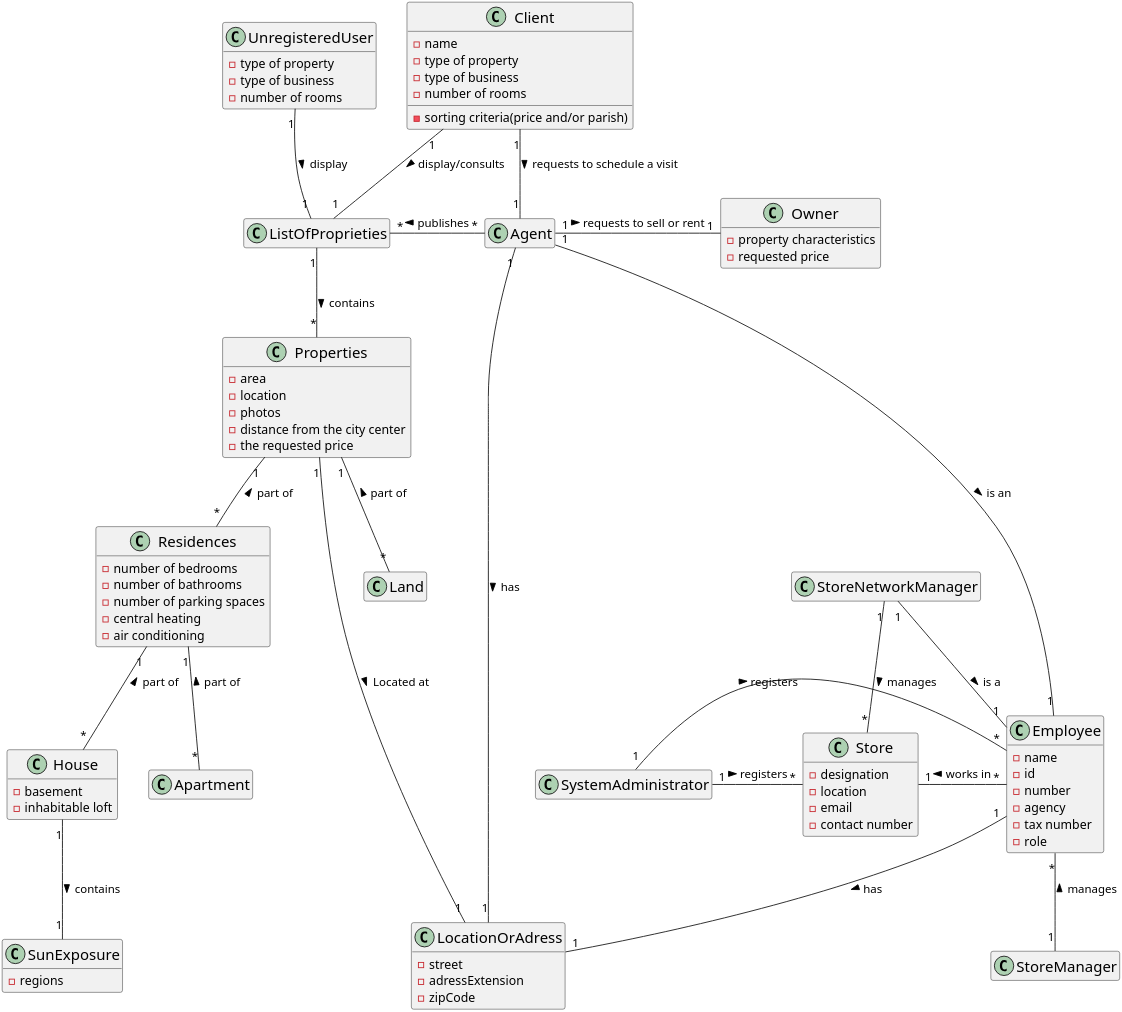
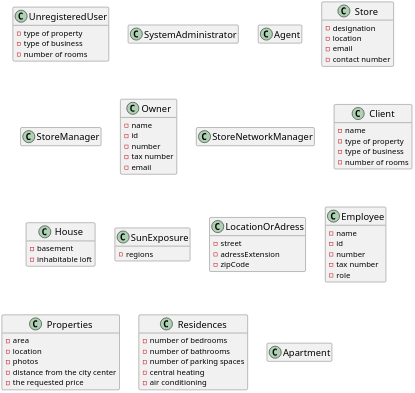
One commit to PureNimble/ISEP-LAPR2 changed the diagram in docs/sprintA/global-artifacts/02.analysis/puml/project-domain-model.puml. Above: the diagram before and after it, drawn with PlantUML. The commit also changed 3 other files, not shown here.

```diff
--- a/docs/sprintA/global-artifacts/02.analysis/puml/project-domain-model.puml
+++ b/docs/sprintA/global-artifacts/02.analysis/puml/project-domain-model.puml
@@ -1,178 +1,128 @@
 @startuml
 
 skinparam group 3.0
 hide empty members
 skinparam ClassFontSize 17
-scale 4.0
+scale 2.5
 
 
 class UnregisteredUser
 
 class SystemAdministrator
 
 class Agent
 
 class Store
 
 class StoreManager
 
 class Owner
 
 class StoreNetworkManager
 
-class ListOfProprieties
-
 class Client
 
-class Apartment
-
 class House
-
-class Land
 
 class SunExposure
 
 class LocationOrAdress
 
 class Employee
 
 class Properties
 
 class Residences
 
 
 class SystemAdministrator{
 }
 
 class Employee{
 -name
 -id
 -number
--agency
 -tax number
 -role
 }
 
 class Agent{
 
 }
 
 class Store{
 -designation
 -location
 -email
 -contact number
 }
 
 class StoreManager{
 
 }
 
 
 class Owner{
--property characteristics
--requested price
+-name
+-id
+-number
+-tax number
+-email
 }
 
 class StoreNetworkManager{
 }
 
 class Client{
 -name
 -type of property
 -type of business
 -number of rooms
--sorting criteria(price and/or parish)
-}
-
-
-class ListOfProprieties{
 }
 
 class Apartment{
 }
 
 class House{
 -basement
 -inhabitable loft
-}
-
-class Land{
 }
 
 
 class SunExposure{
 -regions
 }
 
 
 class LocationOrAdress{
 -street
 -adressExtension
 -zipCode
 }
 
 class Properties{
 -area
 -location
 -photos
 -distance from the city center
 -the requested price
 }
 
 class Residences{
 -number of bedrooms
 -number of bathrooms
 -number of parking spaces
 -central heating
 -air conditioning
 }
 
 class UnregisteredUser{
 -type of property
 -type of business
 -number of rooms
 }
 
 'Properties
-ListOfProprieties "1" -- "*" Properties: contains >
-
-Properties "1" -- "*" Land : part of <
-Properties "1" -- "*" Residences : part of <
-Residences "1" -- "*" House : part of <
-Residences "1" -- "*" Apartment : part of <
-House "1" -- "1" SunExposure : contains >
-
-
-Properties"1" - "1" LocationOrAdress : Located at >
-
-Agent"1" - "1" LocationOrAdress : has >
-
-Agent"1" ---- "1" Employee : is an >
-
-Employee"1" -- "1" LocationOrAdress: has >
-
-StoreNetworkManager"1" -- "1" Employee: is a >
-
-Employee"*" -- "1" StoreManager: manages <
-
-SystemAdministrator"1" - "*" Store: registers >
-
-Store"1" - "*" Employee: works in <
-
-SystemAdministrator"1" - "*" Employee: registers >
-
-StoreNetworkManager"1" -- "*" Store: manages >
-
-ListOfProprieties "*" - "*" Agent: publishes <
-
-Agent"1" - "1" Owner : requests to sell or rent >
-
-Client"1" -- "1" Agent : requests to schedule a visit >
-
-Client"1" -- "1" ListOfProprieties : display/consults >
-
-UnregisteredUser"1" -- "1" ListOfProprieties : display >
 
 
 @enduml
```
